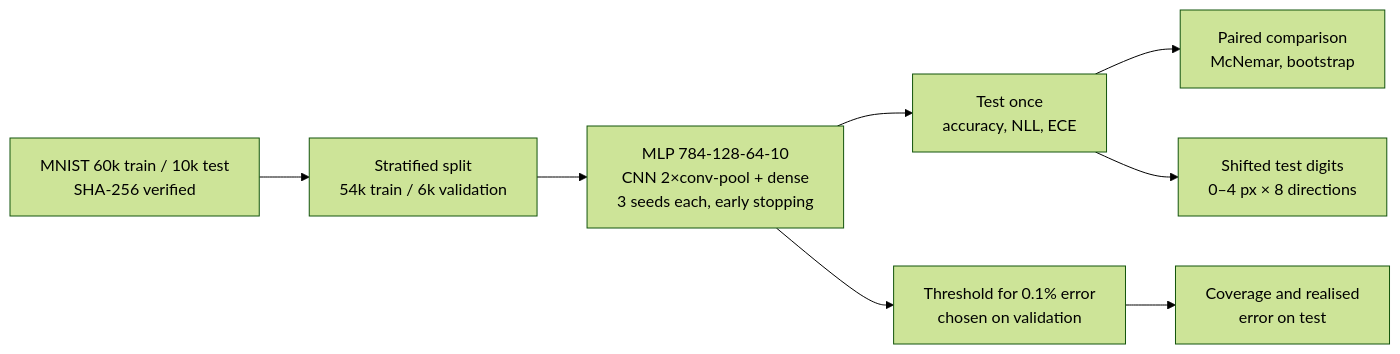
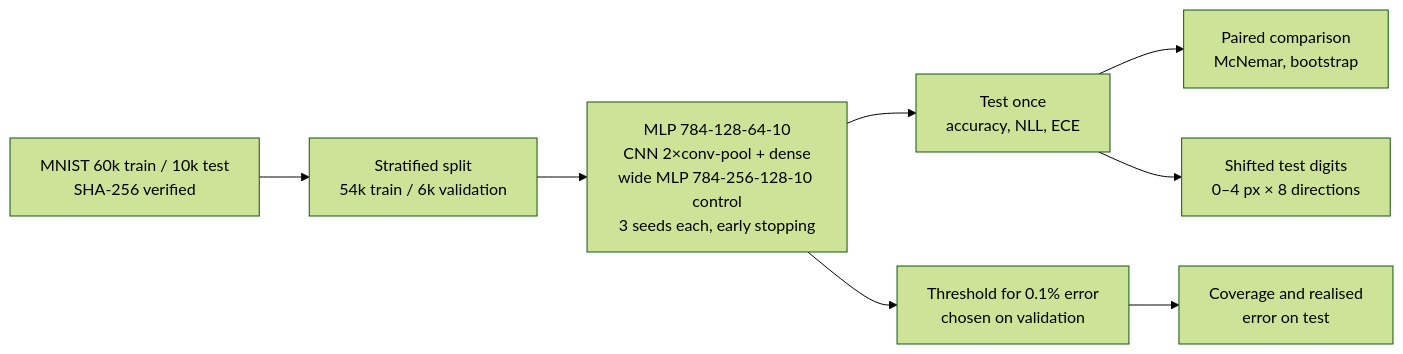
The diagram in README.md (Pchambet/mnist-case-study), drawn with Mermaid (forest theme) before and after one commit. The commit also changed other lines of this file, not shown here.

First line of the commit message:
docs: README capacity control, calibration wording, limitations

````diff
--- a/README.md
+++ b/README.md
@@ -39,10 +43,10 @@
 ```mermaid
 flowchart LR
     A[MNIST 60k train / 10k test<br/>SHA-256 verified] --> B[Stratified split<br/>54k train / 6k validation]
-    B --> C[MLP 784-128-64-10<br/>CNN 2×conv-pool + dense<br/>3 seeds each, early stopping]
+    B --> C[MLP 784-128-64-10<br/>CNN 2×conv-pool + dense<br/>wide MLP 784-256-128-10 control<br/>3 seeds each, early stopping]
     C --> D[Test once<br/>accuracy, NLL, ECE]
     D --> E[Paired comparison<br/>McNemar, bootstrap]
     D --> F[Shifted test digits<br/>0–4 px × 8 directions]
     C --> G[Threshold for 0.1% error<br/>chosen on validation]
     G --> H[Coverage and realised<br/>error on test]
 ```
````
